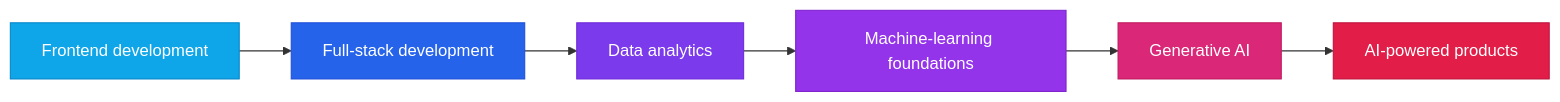
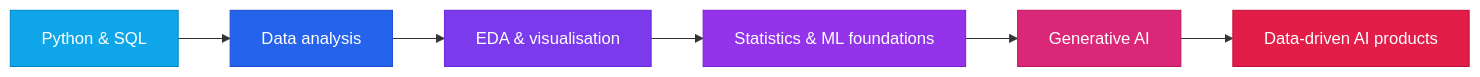
The diagram in README.md (SachinCoder11/SachinCoder11), drawn with Mermaid before and after one commit. The commit also changed other lines of this file, not shown here.

````diff
--- a/README.md
+++ b/README.md
@@ -168,14 +168,14 @@
 ```mermaid
 flowchart LR
-    A[Frontend development] --> B[Full-stack development]
-    B --> C[Data analytics]
-    C --> D[Machine-learning foundations]
+    A[Python & SQL] --> B[Data analysis]
+    B --> C[EDA & visualisation]
+    C --> D[Statistics & ML foundations]
     D --> E[Generative AI]
-    E --> F[AI-powered products]
+    E --> F[Data-driven AI products]
     style A fill:#0ea5e9,stroke:#0284c7,color:#fff
     style B fill:#2563eb,stroke:#1d4ed8,color:#fff
     style C fill:#7c3aed,stroke:#6d28d9,color:#fff
     style D fill:#9333ea,stroke:#7e22ce,color:#fff
     style E fill:#db2777,stroke:#be185d,color:#fff
     style F fill:#e11d48,stroke:#be123c,color:#fff
 ```
````
